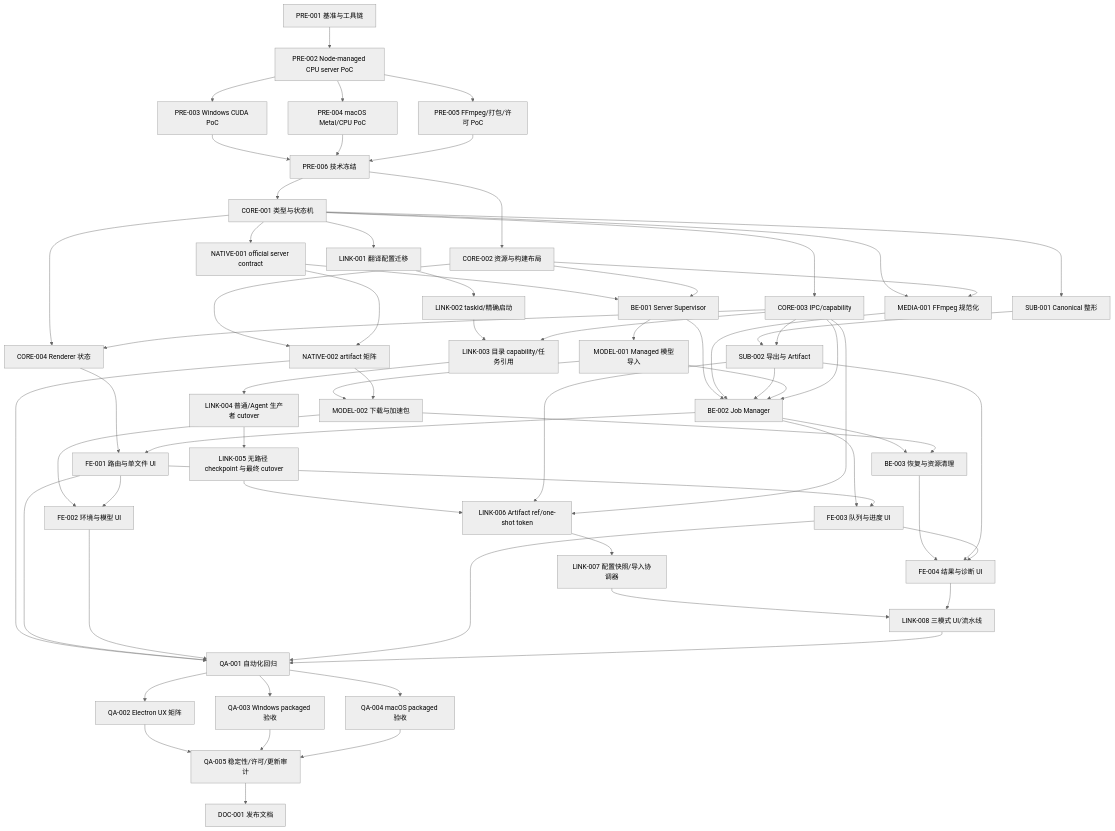
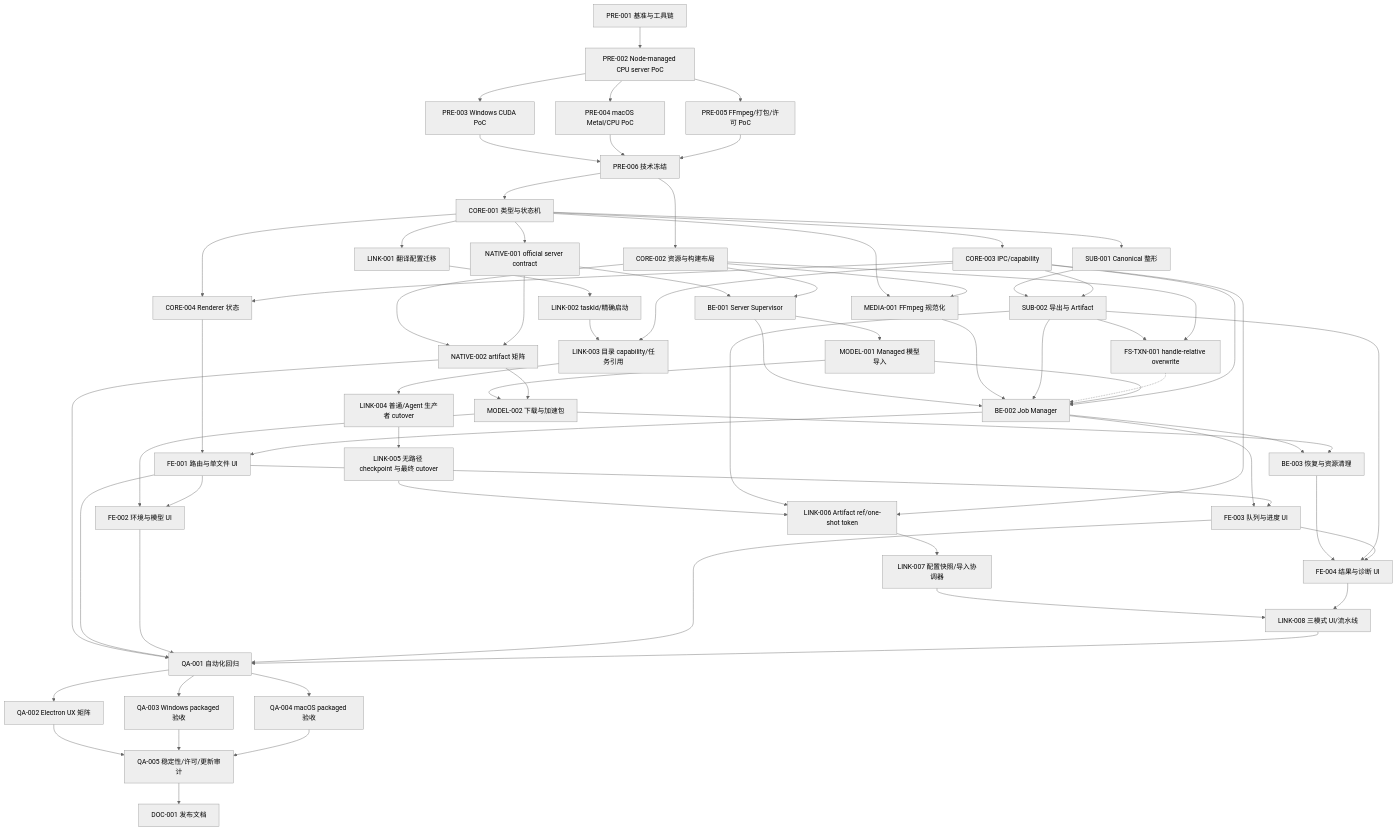
One commit to QiuYeDx/FusionKit changed the diagram in docs/v0.2.11/local-subtitle-transcriber/local-subtitle-transcriber_execution_plan.md. Above: the diagram before and after it, drawn with Mermaid (neutral theme). The commit also changed other lines of this file and 11 other files, not shown here.

Commit message:
checkpoint FS-TXN-001 overwrite transaction contract

````diff
--- a/docs/v0.2.11/local-subtitle-transcriber/local-subtitle-transcriber_execution_plan.md
+++ b/docs/v0.2.11/local-subtitle-transcriber/local-subtitle-transcriber_execution_plan.md
@@ -201,74 +203,77 @@
 ```mermaid
 flowchart TD
   PRE1["PRE-001 基准与工具链"] --> PRE2["PRE-002 Node-managed CPU server PoC"]
   PRE2 --> PRE3["PRE-003 Windows CUDA PoC"]
   PRE2 --> PRE4["PRE-004 macOS Metal/CPU PoC"]
   PRE2 --> PRE5["PRE-005 FFmpeg/打包/许可 PoC"]
   PRE3 --> PRE6["PRE-006 技术冻结"]
   PRE4 --> PRE6
   PRE5 --> PRE6
 
   PRE6 --> CORE1["CORE-001 类型与状态机"]
   PRE6 --> CORE2["CORE-002 资源与构建布局"]
   CORE1 --> CORE3["CORE-003 IPC/capability"]
   CORE1 --> CORE4["CORE-004 Renderer 状态"]
   CORE3 --> CORE4
   CORE1 --> NATIVE1["NATIVE-001 official server contract"]
   CORE2 --> NATIVE2["NATIVE-002 artifact 矩阵"]
   NATIVE1 --> NATIVE2
 
   NATIVE1 --> BE1["BE-001 Server Supervisor"]
   CORE2 --> BE1
   CORE1 --> MEDIA1["MEDIA-001 FFmpeg 规范化"]
   CORE2 --> MEDIA1
   CORE1 --> SUB1["SUB-001 Canonical 整形"]
   SUB1 --> SUB2["SUB-002 导出与 Artifact"]
   CORE3 --> SUB2
+  SUB2 --> FSTXN["FS-TXN-001 handle-relative overwrite"]
+  CORE2 --> FSTXN
   BE1 --> MODEL1["MODEL-001 Managed 模型导入"]
   MODEL1 --> MODEL2["MODEL-002 下载与加速包"]
   NATIVE2 --> MODEL2
 
   BE1 --> BE2["BE-002 Job Manager"]
   MEDIA1 --> BE2
   SUB2 --> BE2
+  FSTXN -.-> BE2
   MODEL1 --> BE2
   CORE3 --> BE2
   BE2 --> BE3["BE-003 恢复与资源清理"]
   MODEL2 --> BE3
 
   CORE4 --> FE1["FE-001 路由与单文件 UI"]
   BE2 --> FE1
   MODEL2 --> FE2["FE-002 环境与模型 UI"]
   FE1 --> FE2
   BE2 --> FE3["FE-003 队列与进度 UI"]
   FE1 --> FE3
   BE3 --> FE4["FE-004 结果与诊断 UI"]
   SUB2 --> FE4
   FE3 --> FE4
 
   CORE1 --> LINK1["LINK-001 翻译配置迁移"]
   LINK1 --> LINK2["LINK-002 taskId/精确启动"]
   LINK2 --> LINK3["LINK-003 目录 capability/任务引用"]
   CORE3 --> LINK3
   LINK3 --> LINK4["LINK-004 普通/Agent 生产者 cutover"]
   LINK4 --> LINK5["LINK-005 无路径 checkpoint 与最终 cutover"]
   LINK5 --> LINK6["LINK-006 Artifact ref/one-shot token"]
   SUB2 --> LINK6
   CORE3 --> LINK6
   LINK6 --> LINK7["LINK-007 配置快照/导入协调器"]
   LINK7 --> LINK8["LINK-008 三模式 UI/流水线"]
   FE4 --> LINK8
 
   NATIVE2 --> QA1["QA-001 自动化回归"]
   FE1 --> QA1
   FE2 --> QA1
   FE3 --> QA1
   LINK8 --> QA1
   QA1 --> QA2["QA-002 Electron UX 矩阵"]
   QA1 --> QA3["QA-003 Windows packaged 验收"]
   QA1 --> QA4["QA-004 macOS packaged 验收"]
   QA2 --> QA5["QA-005 稳定性/许可/更新审计"]
   QA3 --> QA5
   QA4 --> QA5
   QA5 --> DOC1["DOC-001 发布文档"]
 ```
````
